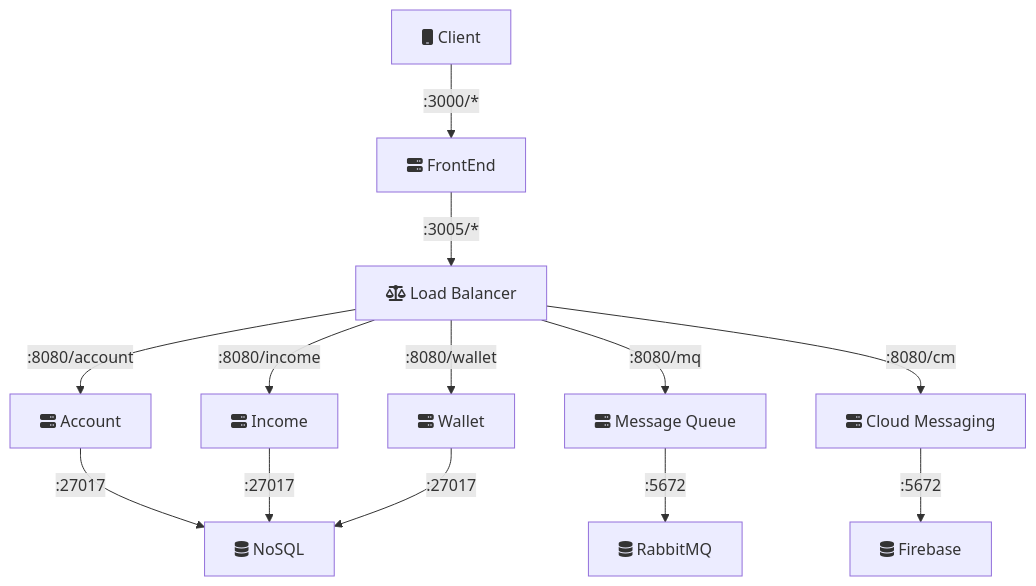
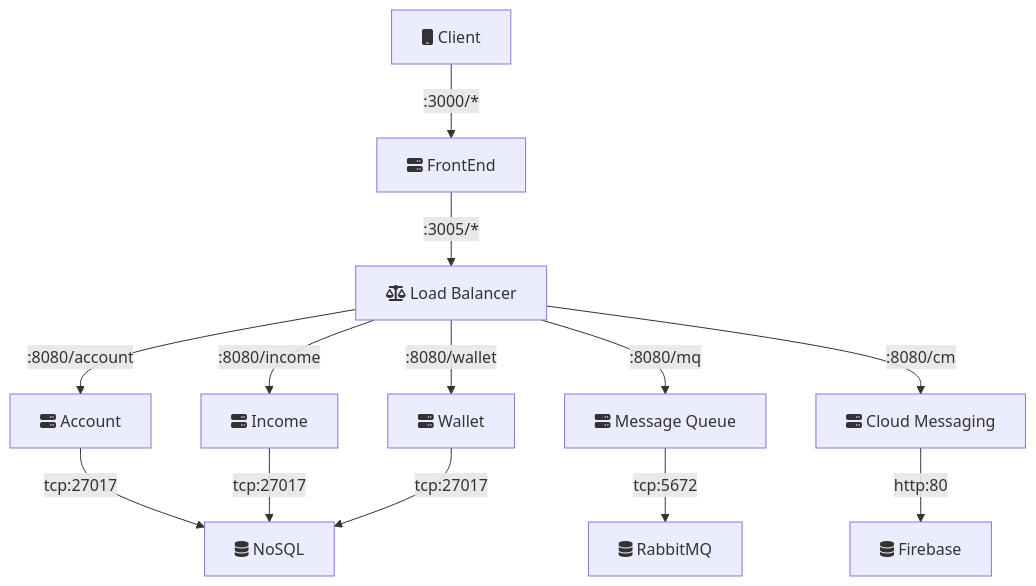
The diagram in README.md (humbertodias/bank-elastic-stack), drawn with Mermaid before and after one commit. The commit also changed other lines of this file and 4 other files, not shown here.

````diff
--- a/README.md
+++ b/README.md
@@ -27,15 +27,15 @@
 ```mermaid
 graph TD
     A[fa:fa-mobile Client] -->|:3000/*| B[fa:fa-server FrontEnd]
     B -->|:3005/*| C[fa:fa-balance-scale Load Balancer]
     C -->|:8080/account| D[fa:fa-server Account]
     C -->|:8080/income| E[fa:fa-server Income]
     C -->|:8080/wallet| F[fa:fa-server Wallet]
     C -->|:8080/mq| I[fa:fa-server Message Queue]
     C -->|:8080/cm| J[fa:fa-server Cloud Messaging]
-    D -->|:27017| G[fa:fa-database NoSQL]
-    E -->|:27017| G
-    F -->|:27017| G
-    I -->|:5672 | H[fa:fa-database RabbitMQ]
-    J -->|:5672 | K[fa:fa-database Firebase]
+    D -->|tcp:27017| G[fa:fa-database NoSQL]
+    E -->|tcp:27017| G
+    F -->|tcp:27017| G
+    I -->|tcp:5672 | H[fa:fa-database RabbitMQ]
+    J -->|http:80  | K[fa:fa-database Firebase]
 ```
````
